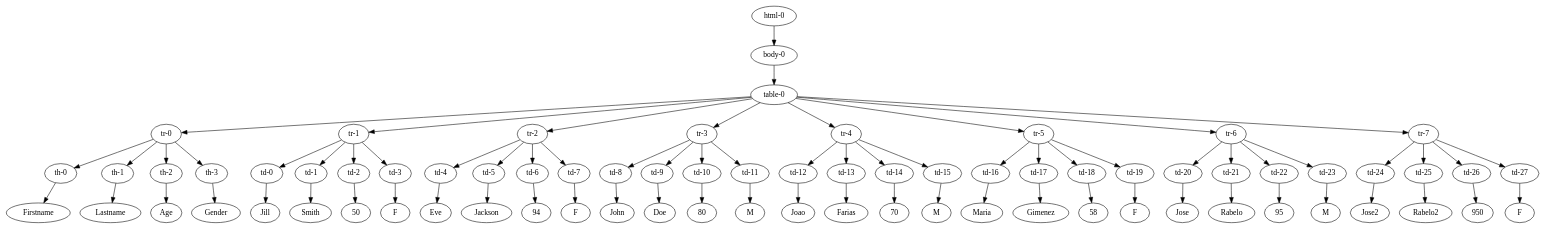
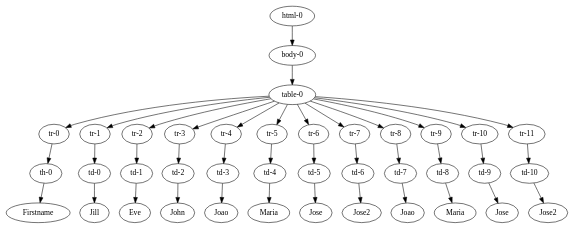
The diagram in dev/html.gv (jpcbertoldo/pymdr), drawn with Graphviz before and after one commit. The commit also changed 6 other files, not shown here.

```diff
--- a/dev/html.gv
+++ b/dev/html.gv
@@ -1,151 +1,79 @@
 digraph html {
 	"html-0" [label="html-0"]
 	"body-0" [label="body-0"]
 	"table-0" [label="table-0"]
 	"tr-0" [label="tr-0"]
 	"th-0" [label="th-0"]
 	"th-0-txt" [label=Firstname]
 	"th-0" -> "th-0-txt"
 	"tr-0" -> "th-0"
-	"th-1" [label="th-1"]
-	"th-1-txt" [label=Lastname]
-	"th-1" -> "th-1-txt"
-	"tr-0" -> "th-1"
-	"th-2" [label="th-2"]
-	"th-2-txt" [label=Age]
-	"th-2" -> "th-2-txt"
-	"tr-0" -> "th-2"
-	"th-3" [label="th-3"]
-	"th-3-txt" [label=Gender]
-	"th-3" -> "th-3-txt"
-	"tr-0" -> "th-3"
 	"table-0" -> "tr-0"
 	"tr-1" [label="tr-1"]
 	"td-0" [label="td-0"]
 	"td-0-txt" [label=Jill]
 	"td-0" -> "td-0-txt"
 	"tr-1" -> "td-0"
-	"td-1" [label="td-1"]
-	"td-1-txt" [label=Smith]
-	"td-1" -> "td-1-txt"
-	"tr-1" -> "td-1"
-	"td-2" [label="td-2"]
-	"td-2-txt" [label=50]
-	"td-2" -> "td-2-txt"
-	"tr-1" -> "td-2"
-	"td-3" [label="td-3"]
-	"td-3-txt" [label=F]
-	"td-3" -> "td-3-txt"
-	"tr-1" -> "td-3"
 	"table-0" -> "tr-1"
 	"tr-2" [label="tr-2"]
-	"td-4" [label="td-4"]
-	"td-4-txt" [label=Eve]
-	"td-4" -> "td-4-txt"
-	"tr-2" -> "td-4"
-	"td-5" [label="td-5"]
-	"td-5-txt" [label=Jackson]
-	"td-5" -> "td-5-txt"
-	"tr-2" -> "td-5"
-	"td-6" [label="td-6"]
-	"td-6-txt" [label=94]
-	"td-6" -> "td-6-txt"
-	"tr-2" -> "td-6"
-	"td-7" [label="td-7"]
-	"td-7-txt" [label=F]
-	"td-7" -> "td-7-txt"
-	"tr-2" -> "td-7"
+	"td-1" [label="td-1"]
+	"td-1-txt" [label=Eve]
+	"td-1" -> "td-1-txt"
+	"tr-2" -> "td-1"
 	"table-0" -> "tr-2"
 	"tr-3" [label="tr-3"]
-	"td-8" [label="td-8"]
-	"td-8-txt" [label=John]
-	"td-8" -> "td-8-txt"
-	"tr-3" -> "td-8"
-	"td-9" [label="td-9"]
-	"td-9-txt" [label=Doe]
-	"td-9" -> "td-9-txt"
-	"tr-3" -> "td-9"
-	"td-10" [label="td-10"]
-	"td-10-txt" [label=80]
-	"td-10" -> "td-10-txt"
-	"tr-3" -> "td-10"
-	"td-11" [label="td-11"]
-	"td-11-txt" [label=M]
-	"td-11" -> "td-11-txt"
-	"tr-3" -> "td-11"
+	"td-2" [label="td-2"]
+	"td-2-txt" [label=John]
+	"td-2" -> "td-2-txt"
+	"tr-3" -> "td-2"
 	"table-0" -> "tr-3"
 	"tr-4" [label="tr-4"]
-	"td-12" [label="td-12"]
-	"td-12-txt" [label=Joao]
-	"td-12" -> "td-12-txt"
-	"tr-4" -> "td-12"
-	"td-13" [label="td-13"]
-	"td-13-txt" [label=Farias]
-	"td-13" -> "td-13-txt"
-	"tr-4" -> "td-13"
-	"td-14" [label="td-14"]
-	"td-14-txt" [label=70]
-	"td-14" -> "td-14-txt"
-	"tr-4" -> "td-14"
-	"td-15" [label="td-15"]
-	"td-15-txt" [label=M]
-	"td-15" -> "td-15-txt"
-	"tr-4" -> "td-15"
+	"td-3" [label="td-3"]
+	"td-3-txt" [label=Joao]
+	"td-3" -> "td-3-txt"
+	"tr-4" -> "td-3"
 	"table-0" -> "tr-4"
 	"tr-5" [label="tr-5"]
-	"td-16" [label="td-16"]
-	"td-16-txt" [label=Maria]
-	"td-16" -> "td-16-txt"
-	"tr-5" -> "td-16"
-	"td-17" [label="td-17"]
-	"td-17-txt" [label=Gimenez]
-	"td-17" -> "td-17-txt"
-	"tr-5" -> "td-17"
-	"td-18" [label="td-18"]
-	"td-18-txt" [label=58]
-	"td-18" -> "td-18-txt"
-	"tr-5" -> "td-18"
-	"td-19" [label="td-19"]
-	"td-19-txt" [label=F]
-	"td-19" -> "td-19-txt"
-	"tr-5" -> "td-19"
+	"td-4" [label="td-4"]
+	"td-4-txt" [label=Maria]
+	"td-4" -> "td-4-txt"
+	"tr-5" -> "td-4"
 	"table-0" -> "tr-5"
 	"tr-6" [label="tr-6"]
-	"td-20" [label="td-20"]
-	"td-20-txt" [label=Jose]
-	"td-20" -> "td-20-txt"
-	"tr-6" -> "td-20"
-	"td-21" [label="td-21"]
-	"td-21-txt" [label=Rabelo]
-	"td-21" -> "td-21-txt"
-	"tr-6" -> "td-21"
-	"td-22" [label="td-22"]
-	"td-22-txt" [label=95]
-	"td-22" -> "td-22-txt"
-	"tr-6" -> "td-22"
-	"td-23" [label="td-23"]
-	"td-23-txt" [label=M]
-	"td-23" -> "td-23-txt"
-	"tr-6" -> "td-23"
+	"td-5" [label="td-5"]
+	"td-5-txt" [label=Jose]
+	"td-5" -> "td-5-txt"
+	"tr-6" -> "td-5"
 	"table-0" -> "tr-6"
 	"tr-7" [label="tr-7"]
-	"td-24" [label="td-24"]
-	"td-24-txt" [label=Jose2]
-	"td-24" -> "td-24-txt"
-	"tr-7" -> "td-24"
-	"td-25" [label="td-25"]
-	"td-25-txt" [label=Rabelo2]
-	"td-25" -> "td-25-txt"
-	"tr-7" -> "td-25"
-	"td-26" [label="td-26"]
-	"td-26-txt" [label=950]
-	"td-26" -> "td-26-txt"
-	"tr-7" -> "td-26"
-	"td-27" [label="td-27"]
-	"td-27-txt" [label=F]
-	"td-27" -> "td-27-txt"
-	"tr-7" -> "td-27"
+	"td-6" [label="td-6"]
+	"td-6-txt" [label=Jose2]
+	"td-6" -> "td-6-txt"
+	"tr-7" -> "td-6"
 	"table-0" -> "tr-7"
+	"tr-8" [label="tr-8"]
+	"td-7" [label="td-7"]
+	"td-7-txt" [label=Joao]
+	"td-7" -> "td-7-txt"
+	"tr-8" -> "td-7"
+	"table-0" -> "tr-8"
+	"tr-9" [label="tr-9"]
+	"td-8" [label="td-8"]
+	"td-8-txt" [label=Maria]
+	"td-8" -> "td-8-txt"
+	"tr-9" -> "td-8"
+	"table-0" -> "tr-9"
+	"tr-10" [label="tr-10"]
+	"td-9" [label="td-9"]
+	"td-9-txt" [label=Jose]
+	"td-9" -> "td-9-txt"
+	"tr-10" -> "td-9"
+	"table-0" -> "tr-10"
+	"tr-11" [label="tr-11"]
+	"td-10" [label="td-10"]
+	"td-10-txt" [label=Jose2]
+	"td-10" -> "td-10-txt"
+	"tr-11" -> "td-10"
+	"table-0" -> "tr-11"
 	"body-0" -> "table-0"
 	"html-0" -> "body-0"
 }
```
